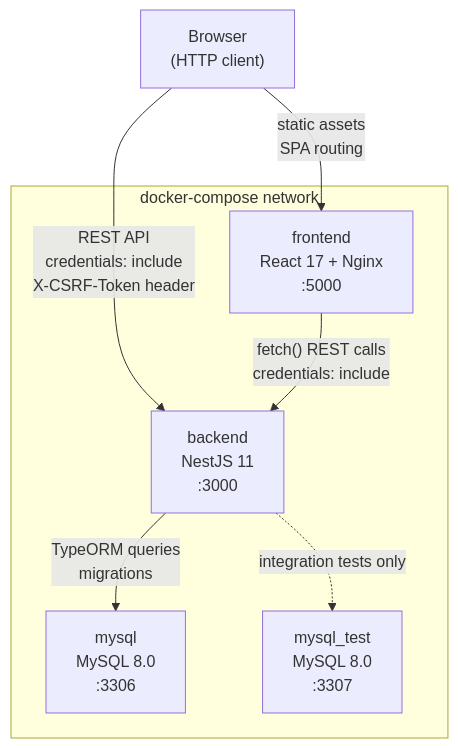
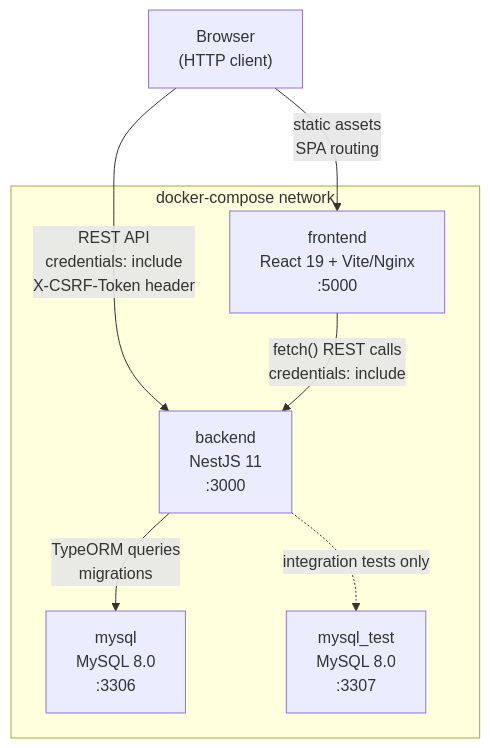
One commit to binhpt-3177/school_uniform changed the first of 6 diagrams in docs/system-architecture.md. Above: the diagram before and after it, drawn with Mermaid. The commit also changed other lines of this file and 46 other files, not shown here.

````diff
--- a/docs/system-architecture.md
+++ b/docs/system-architecture.md
@@ -27,17 +27,17 @@
 ```mermaid
 graph TD
     Browser["Browser\n(HTTP client)"]
 
     subgraph docker["docker-compose network"]
-        FE["frontend\nReact 17 + Nginx\n:5000"]
+        FE["frontend\nReact 19 + Vite/Nginx\n:5000"]
         BE["backend\nNestJS 11\n:3000"]
         DB["mysql\nMySQL 8.0\n:3306"]
         DBT["mysql_test\nMySQL 8.0\n:3307"]
     end
 
     Browser -->|"static assets\nSPA routing"| FE
     Browser -->|"REST API\ncredentials: include\nX-CSRF-Token header"| BE
     FE -->|"fetch() REST calls\ncredentials: include"| BE
     BE -->|"TypeORM queries\nmigrations"| DB
     BE -.->|"integration tests only"| DBT
 ```
````
